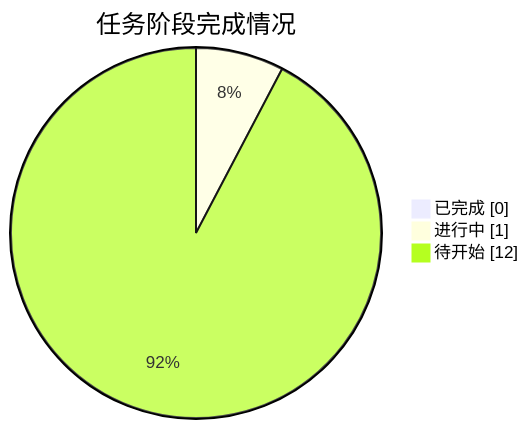
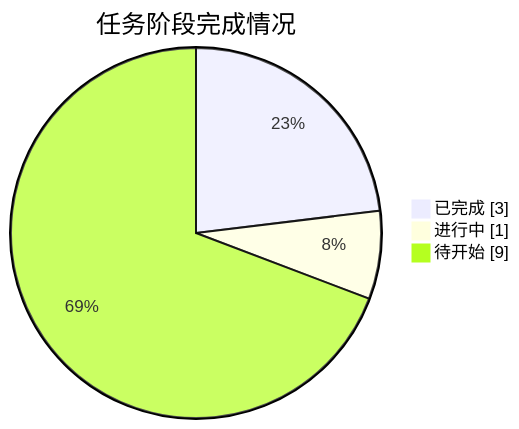
One commit to J-met77/AAW-mathorcup-2025-B-1 changed the diagram in README.md. Above: the diagram before and after it, drawn with Mermaid. The commit also changed other lines of this file and 13 other files, not shown here.

````diff
--- a/README.md
+++ b/README.md
@@ -27,7 +27,7 @@
 ```mermaid
 pie showData
     title 任务阶段完成情况
-    "已完成" : 0
+    "已完成" : 3
     "进行中" : 1
-    "待开始" : 12
+    "待开始" : 9
 ```
````
